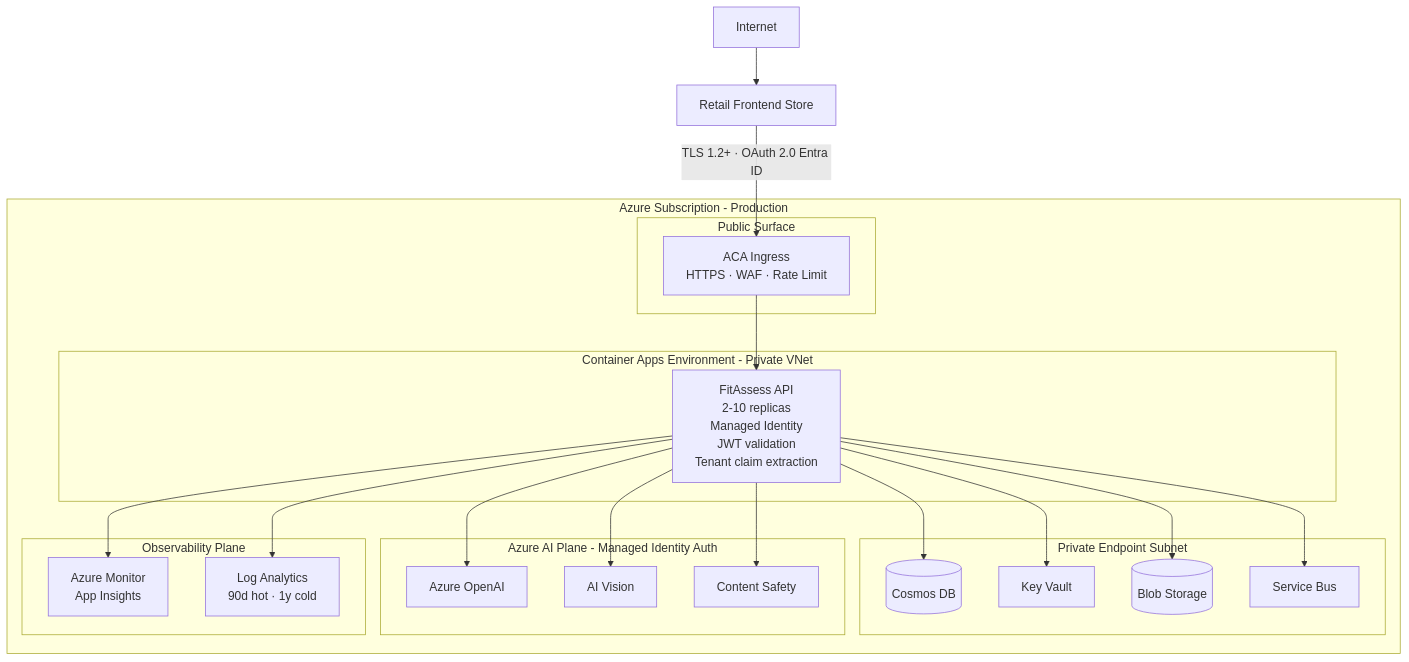
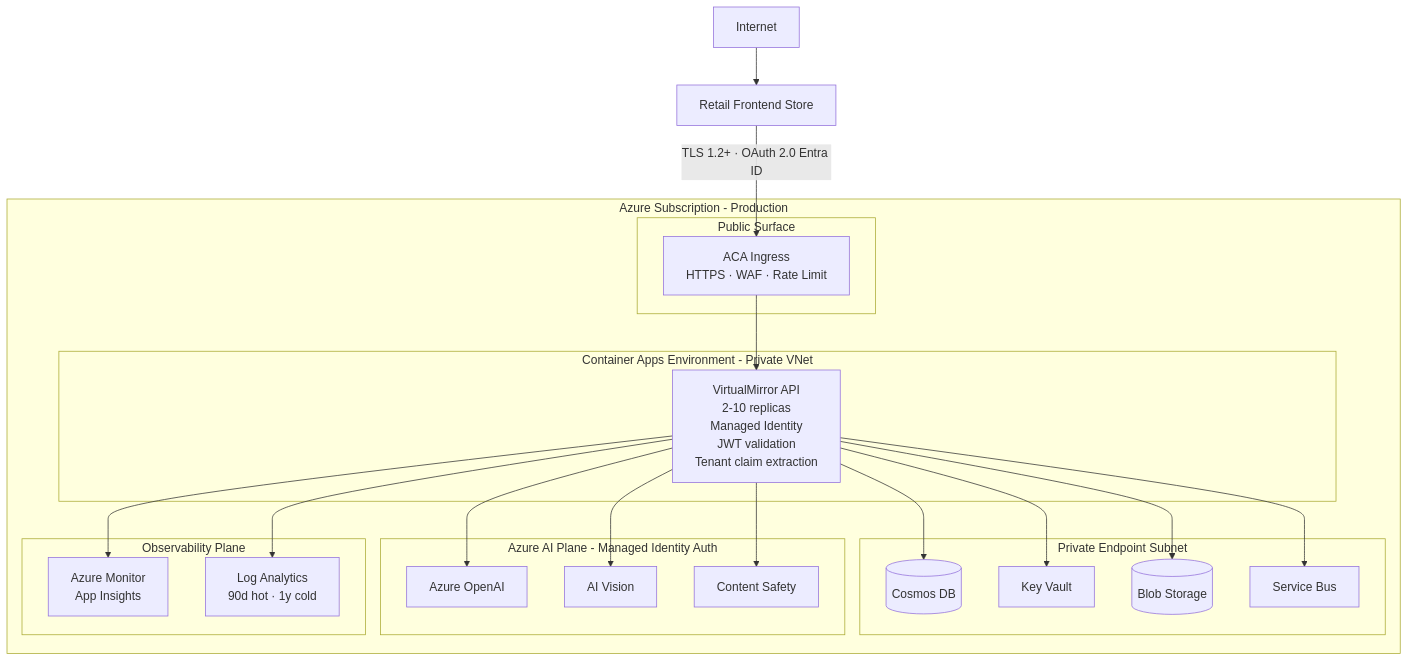
One commit to akhayash/RetailTeam-workshop changed the sixth of 12 diagrams in docs/architecture/diagrams-mermaid.md. Above: the diagram before and after it, drawn with Mermaid. The commit also changed other lines of this file and 14 other files, not shown here.

First line of the commit message:
docs: rename FitAssess to VirtualMirror across all project docs

````diff
--- a/docs/architecture/diagrams-mermaid.md
+++ b/docs/architecture/diagrams-mermaid.md
@@ -251,46 +251,46 @@
 ```mermaid
 graph TB
     Internet[Internet]
     RetailFE[Retail Frontend Store]
 
     subgraph Azure Subscription - Production
         subgraph Public Surface
             Ingress[ACA Ingress<br/>HTTPS · WAF · Rate Limit]
         end
 
         subgraph Container Apps Environment - Private VNet
-            API[FitAssess API<br/>2-10 replicas<br/>Managed Identity<br/>JWT validation<br/>Tenant claim extraction]
+            API[VirtualMirror API<br/>2-10 replicas<br/>Managed Identity<br/>JWT validation<br/>Tenant claim extraction]
         end
 
         subgraph Private Endpoint Subnet
             Cosmos[(Cosmos DB)]
             KV[Key Vault]
             Blob[(Blob Storage)]
             SB[Service Bus]
         end
 
         subgraph Azure AI Plane - Managed Identity Auth
             OpenAI[Azure OpenAI]
             AIVision[AI Vision]
             ContentSafety[Content Safety]
         end
 
         subgraph Observability Plane
             AppInsights[Azure Monitor<br/>App Insights]
             LogAnalytics[Log Analytics<br/>90d hot · 1y cold]
         end
     end
 
     Internet --> RetailFE
     RetailFE -->|TLS 1.2+ · OAuth 2.0 Entra ID| Ingress
     Ingress --> API
     API --> Cosmos
     API --> KV
     API --> Blob
     API --> SB
     API --> OpenAI
     API --> AIVision
     API --> ContentSafety
     API --> AppInsights
     API --> LogAnalytics
 ```
````
